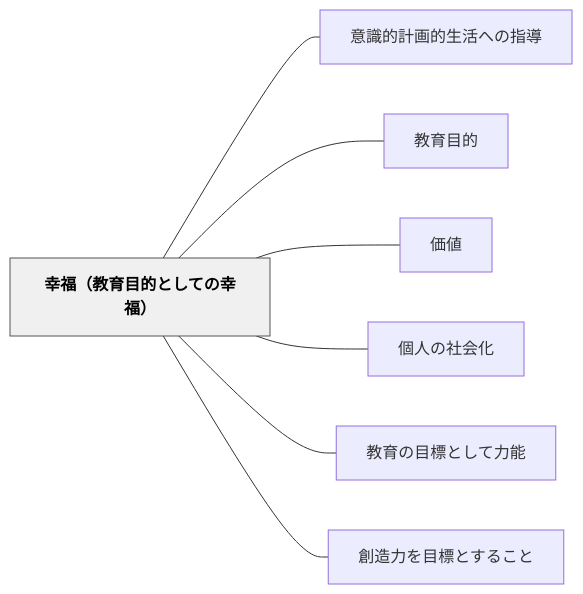
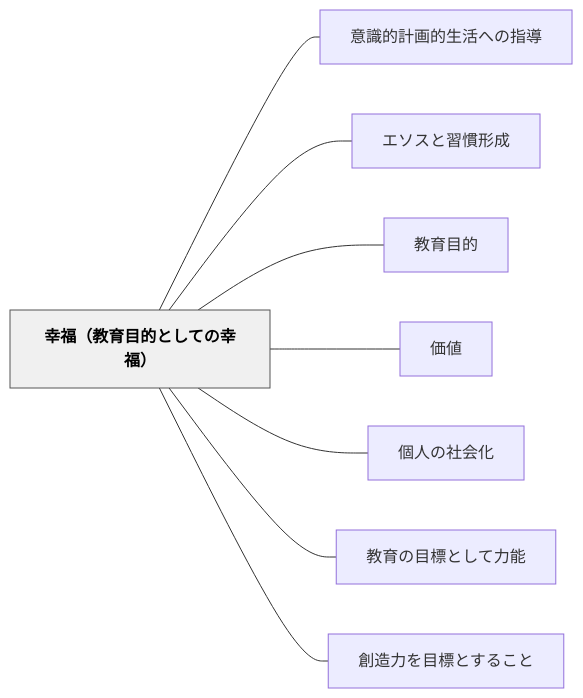
Before and after one commit to unknownthings-ed-patterns/unknownthings-ed-patterns: the diagram in content/パタン/幸福（教育目的としての幸福）.md, drawn with Mermaid. The commit also changed other lines of this file and 17 other files, not shown here.

````diff
--- a/content/パタン/幸福（教育目的としての幸福）.md
+++ b/content/パタン/幸福（教育目的としての幸福）.md
@@ -118,20 +138,22 @@
 ```mermaid
 flowchart LR
     ne5b9b8e7a68fefbc88e69599e882b2e79baee79a84e381a8e38197e381a6e381aee5b9b8e7a68fefbc89["幸福（教育目的としての幸福）"]
     ne6848fe8ad98e79a84e8a888e794bbe79a84e7949fe6b4bbe381b8e381aee68c87e5b08e["意識的計画的生活への指導"]
+    ne382a8e382bde382b9e381a8e7bf92e685a3e5bda2e68890["エソスと習慣形成"]
     ne69599e882b2e79baee79a84["教育目的"]
     ne4bea1e580a4["価値"]
     ne5808be4babae381aee7a4bee4bc9ae58c96["個人の社会化"]
     ne69599e882b2e381aee79baee6a899e381a8e38197e381a6e58a9be883bd["教育の目標として力能"]
     ne589b5e980a0e58a9be38292e79baee6a899e381a8e38199e3828be38193e381a8["創造力を目標とすること"]
 
     ne5b9b8e7a68fefbc88e69599e882b2e79baee79a84e381a8e38197e381a6e381aee5b9b8e7a68fefbc89 --- ne6848fe8ad98e79a84e8a888e794bbe79a84e7949fe6b4bbe381b8e381aee68c87e5b08e
+    ne5b9b8e7a68fefbc88e69599e882b2e79baee79a84e381a8e38197e381a6e381aee5b9b8e7a68fefbc89 --- ne382a8e382bde382b9e381a8e7bf92e685a3e5bda2e68890
     ne5b9b8e7a68fefbc88e69599e882b2e79baee79a84e381a8e38197e381a6e381aee5b9b8e7a68fefbc89 --- ne69599e882b2e79baee79a84
     ne5b9b8e7a68fefbc88e69599e882b2e79baee79a84e381a8e38197e381a6e381aee5b9b8e7a68fefbc89 --- ne4bea1e580a4
     ne5b9b8e7a68fefbc88e69599e882b2e79baee79a84e381a8e38197e381a6e381aee5b9b8e7a68fefbc89 --- ne5808be4babae381aee7a4bee4bc9ae58c96
     ne5b9b8e7a68fefbc88e69599e882b2e79baee79a84e381a8e38197e381a6e381aee5b9b8e7a68fefbc89 --- ne69599e882b2e381aee79baee6a899e381a8e38197e381a6e58a9be883bd
     ne5b9b8e7a68fefbc88e69599e882b2e79baee79a84e381a8e38197e381a6e381aee5b9b8e7a68fefbc89 --- ne589b5e980a0e58a9be38292e79baee6a899e381a8e38199e3828be38193e381a8
 
     classDef hub fill:#f0f0f0,stroke:#555,color:#000,font-weight:bold
     class ne5b9b8e7a68fefbc88e69599e882b2e79baee79a84e381a8e38197e381a6e381aee5b9b8e7a68fefbc89 hub
 ```
````
